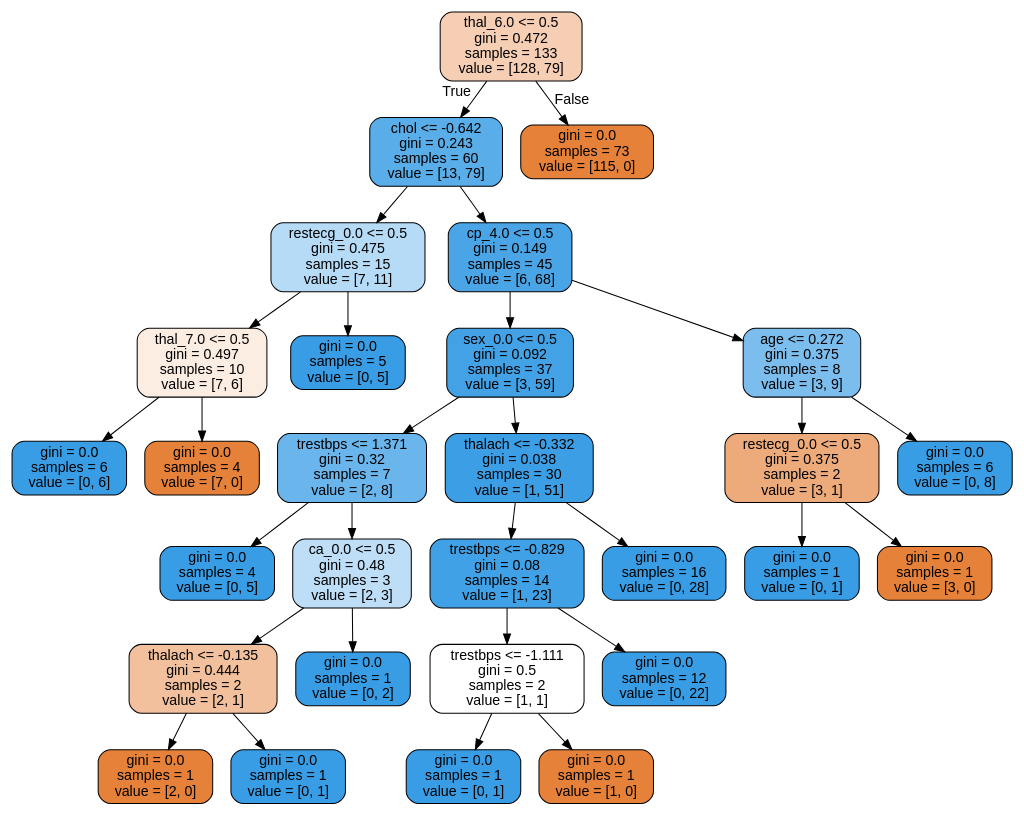
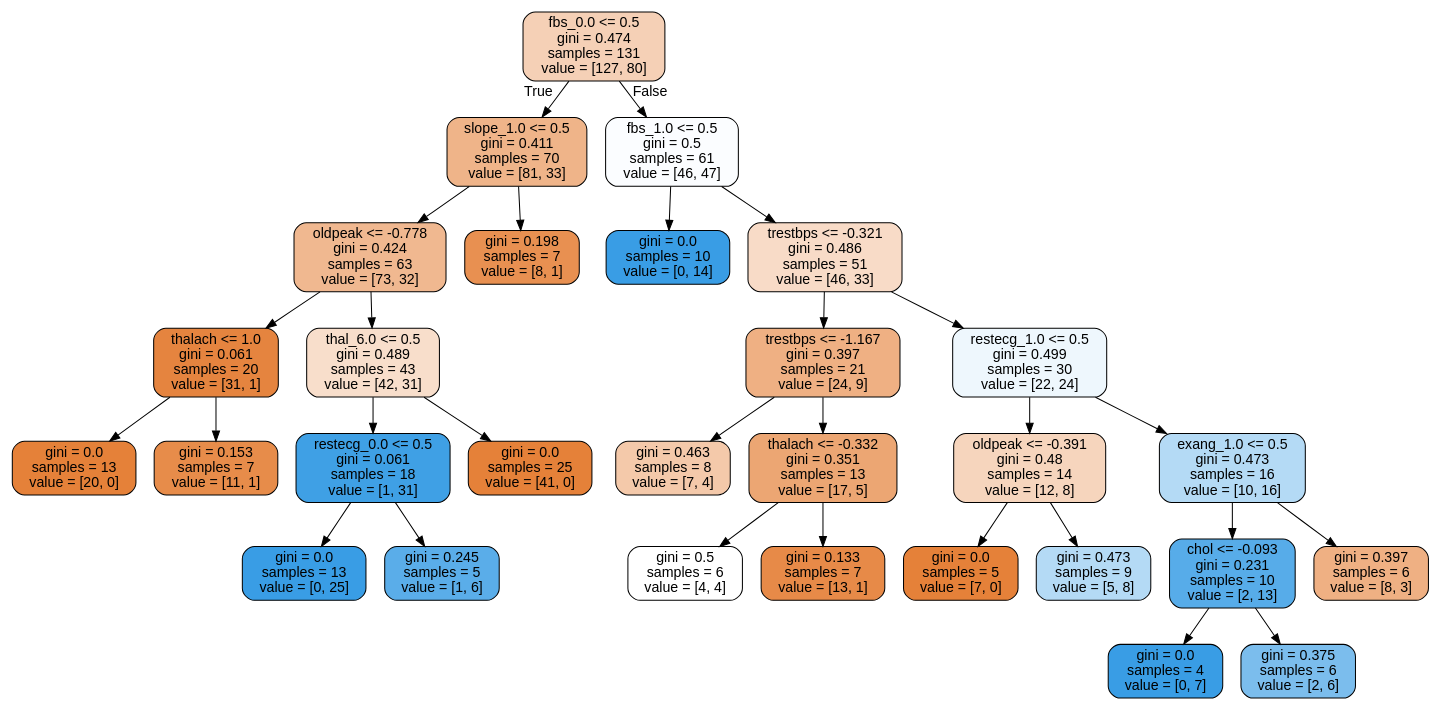
The diagram in model/tree.dot (leohoare/9321_a3), drawn with Graphviz before and after one commit. The commit also changed 3 other files, not shown here.

```diff
--- a/model/tree.dot
+++ b/model/tree.dot
@@ -1,61 +1,61 @@
 digraph Tree {
 node [shape=box, style="filled, rounded", color="black", fontname=helvetica] ;
 edge [fontname=helvetica] ;
-0 [label="thal_6.0 <= 0.5\ngini = 0.472\nsamples = 133\nvalue = [128, 79]", fillcolor="#e5813962"] ;
-1 [label="chol <= -0.642\ngini = 0.243\nsamples = 60\nvalue = [13, 79]", fillcolor="#399de5d5"] ;
+0 [label="fbs_0.0 <= 0.5\ngini = 0.474\nsamples = 131\nvalue = [127, 80]", fillcolor="#e581395e"] ;
+1 [label="slope_1.0 <= 0.5\ngini = 0.411\nsamples = 70\nvalue = [81, 33]", fillcolor="#e5813997"] ;
 0 -> 1 [labeldistance=2.5, labelangle=45, headlabel="True"] ;
-2 [label="restecg_0.0 <= 0.5\ngini = 0.475\nsamples = 15\nvalue = [7, 11]", fillcolor="#399de55d"] ;
+2 [label="oldpeak <= -0.778\ngini = 0.424\nsamples = 63\nvalue = [73, 32]", fillcolor="#e581398f"] ;
 1 -> 2 ;
-3 [label="thal_7.0 <= 0.5\ngini = 0.497\nsamples = 10\nvalue = [7, 6]", fillcolor="#e5813924"] ;
+3 [label="thalach <= 1.0\ngini = 0.061\nsamples = 20\nvalue = [31, 1]", fillcolor="#e58139f7"] ;
 2 -> 3 ;
-4 [label="gini = 0.0\nsamples = 6\nvalue = [0, 6]", fillcolor="#399de5ff"] ;
+4 [label="gini = 0.0\nsamples = 13\nvalue = [20, 0]", fillcolor="#e58139ff"] ;
 3 -> 4 ;
-5 [label="gini = 0.0\nsamples = 4\nvalue = [7, 0]", fillcolor="#e58139ff"] ;
+5 [label="gini = 0.153\nsamples = 7\nvalue = [11, 1]", fillcolor="#e58139e8"] ;
 3 -> 5 ;
-6 [label="gini = 0.0\nsamples = 5\nvalue = [0, 5]", fillcolor="#399de5ff"] ;
+6 [label="thal_6.0 <= 0.5\ngini = 0.489\nsamples = 43\nvalue = [42, 31]", fillcolor="#e5813943"] ;
 2 -> 6 ;
-7 [label="cp_4.0 <= 0.5\ngini = 0.149\nsamples = 45\nvalue = [6, 68]", fillcolor="#399de5e9"] ;
-1 -> 7 ;
-8 [label="sex_0.0 <= 0.5\ngini = 0.092\nsamples = 37\nvalue = [3, 59]", fillcolor="#399de5f2"] ;
+7 [label="restecg_0.0 <= 0.5\ngini = 0.061\nsamples = 18\nvalue = [1, 31]", fillcolor="#399de5f7"] ;
+6 -> 7 ;
+8 [label="gini = 0.0\nsamples = 13\nvalue = [0, 25]", fillcolor="#399de5ff"] ;
 7 -> 8 ;
-9 [label="trestbps <= 1.371\ngini = 0.32\nsamples = 7\nvalue = [2, 8]", fillcolor="#399de5bf"] ;
-8 -> 9 ;
-10 [label="gini = 0.0\nsamples = 4\nvalue = [0, 5]", fillcolor="#399de5ff"] ;
-9 -> 10 ;
-11 [label="ca_0.0 <= 0.5\ngini = 0.48\nsamples = 3\nvalue = [2, 3]", fillcolor="#399de555"] ;
-9 -> 11 ;
-12 [label="thalach <= -0.135\ngini = 0.444\nsamples = 2\nvalue = [2, 1]", fillcolor="#e581397f"] ;
-11 -> 12 ;
-13 [label="gini = 0.0\nsamples = 1\nvalue = [2, 0]", fillcolor="#e58139ff"] ;
+9 [label="gini = 0.245\nsamples = 5\nvalue = [1, 6]", fillcolor="#399de5d4"] ;
+7 -> 9 ;
+10 [label="gini = 0.0\nsamples = 25\nvalue = [41, 0]", fillcolor="#e58139ff"] ;
+6 -> 10 ;
+11 [label="gini = 0.198\nsamples = 7\nvalue = [8, 1]", fillcolor="#e58139df"] ;
+1 -> 11 ;
+12 [label="fbs_1.0 <= 0.5\ngini = 0.5\nsamples = 61\nvalue = [46, 47]", fillcolor="#399de505"] ;
+0 -> 12 [labeldistance=2.5, labelangle=-45, headlabel="False"] ;
+13 [label="gini = 0.0\nsamples = 10\nvalue = [0, 14]", fillcolor="#399de5ff"] ;
 12 -> 13 ;
-14 [label="gini = 0.0\nsamples = 1\nvalue = [0, 1]", fillcolor="#399de5ff"] ;
+14 [label="trestbps <= -0.321\ngini = 0.486\nsamples = 51\nvalue = [46, 33]", fillcolor="#e5813948"] ;
 12 -> 14 ;
-15 [label="gini = 0.0\nsamples = 1\nvalue = [0, 2]", fillcolor="#399de5ff"] ;
-11 -> 15 ;
-16 [label="thalach <= -0.332\ngini = 0.038\nsamples = 30\nvalue = [1, 51]", fillcolor="#399de5fa"] ;
-8 -> 16 ;
-17 [label="trestbps <= -0.829\ngini = 0.08\nsamples = 14\nvalue = [1, 23]", fillcolor="#399de5f4"] ;
-16 -> 17 ;
-18 [label="trestbps <= -1.111\ngini = 0.5\nsamples = 2\nvalue = [1, 1]", fillcolor="#e5813900"] ;
+15 [label="trestbps <= -1.167\ngini = 0.397\nsamples = 21\nvalue = [24, 9]", fillcolor="#e581399f"] ;
+14 -> 15 ;
+16 [label="gini = 0.463\nsamples = 8\nvalue = [7, 4]", fillcolor="#e581396d"] ;
+15 -> 16 ;
+17 [label="thalach <= -0.332\ngini = 0.351\nsamples = 13\nvalue = [17, 5]", fillcolor="#e58139b4"] ;
+15 -> 17 ;
+18 [label="gini = 0.5\nsamples = 6\nvalue = [4, 4]", fillcolor="#e5813900"] ;
 17 -> 18 ;
-19 [label="gini = 0.0\nsamples = 1\nvalue = [0, 1]", fillcolor="#399de5ff"] ;
-18 -> 19 ;
-20 [label="gini = 0.0\nsamples = 1\nvalue = [1, 0]", fillcolor="#e58139ff"] ;
-18 -> 20 ;
-21 [label="gini = 0.0\nsamples = 12\nvalue = [0, 22]", fillcolor="#399de5ff"] ;
-17 -> 21 ;
-22 [label="gini = 0.0\nsamples = 16\nvalue = [0, 28]", fillcolor="#399de5ff"] ;
-16 -> 22 ;
-23 [label="age <= 0.272\ngini = 0.375\nsamples = 8\nvalue = [3, 9]", fillcolor="#399de5aa"] ;
-7 -> 23 ;
-24 [label="restecg_0.0 <= 0.5\ngini = 0.375\nsamples = 2\nvalue = [3, 1]", fillcolor="#e58139aa"] ;
-23 -> 24 ;
-25 [label="gini = 0.0\nsamples = 1\nvalue = [0, 1]", fillcolor="#399de5ff"] ;
+19 [label="gini = 0.133\nsamples = 7\nvalue = [13, 1]", fillcolor="#e58139eb"] ;
+17 -> 19 ;
+20 [label="restecg_1.0 <= 0.5\ngini = 0.499\nsamples = 30\nvalue = [22, 24]", fillcolor="#399de515"] ;
+14 -> 20 ;
+21 [label="oldpeak <= -0.391\ngini = 0.48\nsamples = 14\nvalue = [12, 8]", fillcolor="#e5813955"] ;
+20 -> 21 ;
+22 [label="gini = 0.0\nsamples = 5\nvalue = [7, 0]", fillcolor="#e58139ff"] ;
+21 -> 22 ;
+23 [label="gini = 0.473\nsamples = 9\nvalue = [5, 8]", fillcolor="#399de560"] ;
+21 -> 23 ;
+24 [label="exang_1.0 <= 0.5\ngini = 0.473\nsamples = 16\nvalue = [10, 16]", fillcolor="#399de560"] ;
+20 -> 24 ;
+25 [label="chol <= -0.093\ngini = 0.231\nsamples = 10\nvalue = [2, 13]", fillcolor="#399de5d8"] ;
 24 -> 25 ;
-26 [label="gini = 0.0\nsamples = 1\nvalue = [3, 0]", fillcolor="#e58139ff"] ;
-24 -> 26 ;
-27 [label="gini = 0.0\nsamples = 6\nvalue = [0, 8]", fillcolor="#399de5ff"] ;
-23 -> 27 ;
-28 [label="gini = 0.0\nsamples = 73\nvalue = [115, 0]", fillcolor="#e58139ff"] ;
-0 -> 28 [labeldistance=2.5, labelangle=-45, headlabel="False"] ;
+26 [label="gini = 0.0\nsamples = 4\nvalue = [0, 7]", fillcolor="#399de5ff"] ;
+25 -> 26 ;
+27 [label="gini = 0.375\nsamples = 6\nvalue = [2, 6]", fillcolor="#399de5aa"] ;
+25 -> 27 ;
+28 [label="gini = 0.397\nsamples = 6\nvalue = [8, 3]", fillcolor="#e581399f"] ;
+24 -> 28 ;
 }
```
